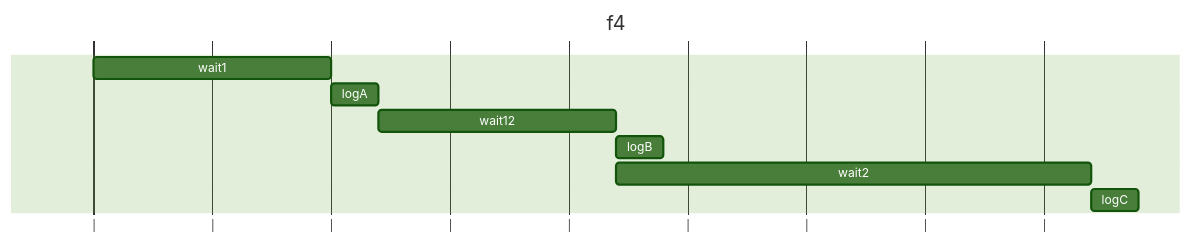
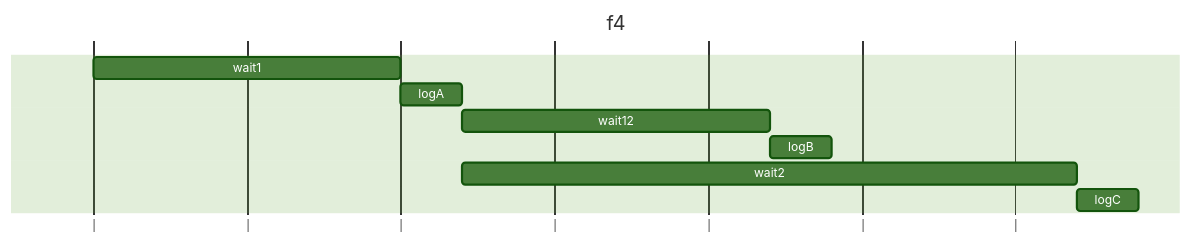
One commit to Shogo-Sumi/sample changed the diagram in exercises/ch13/ex02/f6.md. Above: the diagram before and after it, drawn with Mermaid (forest theme).

Commit message:
[Add]ex02

````diff
--- a/exercises/ch13/ex02/f6.md
+++ b/exercises/ch13/ex02/f6.md
@@ -1,12 +1,12 @@
 ```mermaid
 gantt
   title f4
   dateFormat  s
   axisFormat |
     wait1 :w1, 0, 1s
     logA  :l1, after w1, 0.2s
     wait12 :w12, after l1, 1s
     logB  :l2, after w12, 0.2s
-    wait2 :w2, after w12, 2s
+    wait2 :w2, after l1, 2s
     logC  :l3, after w2, 0.2s
 ```
````
